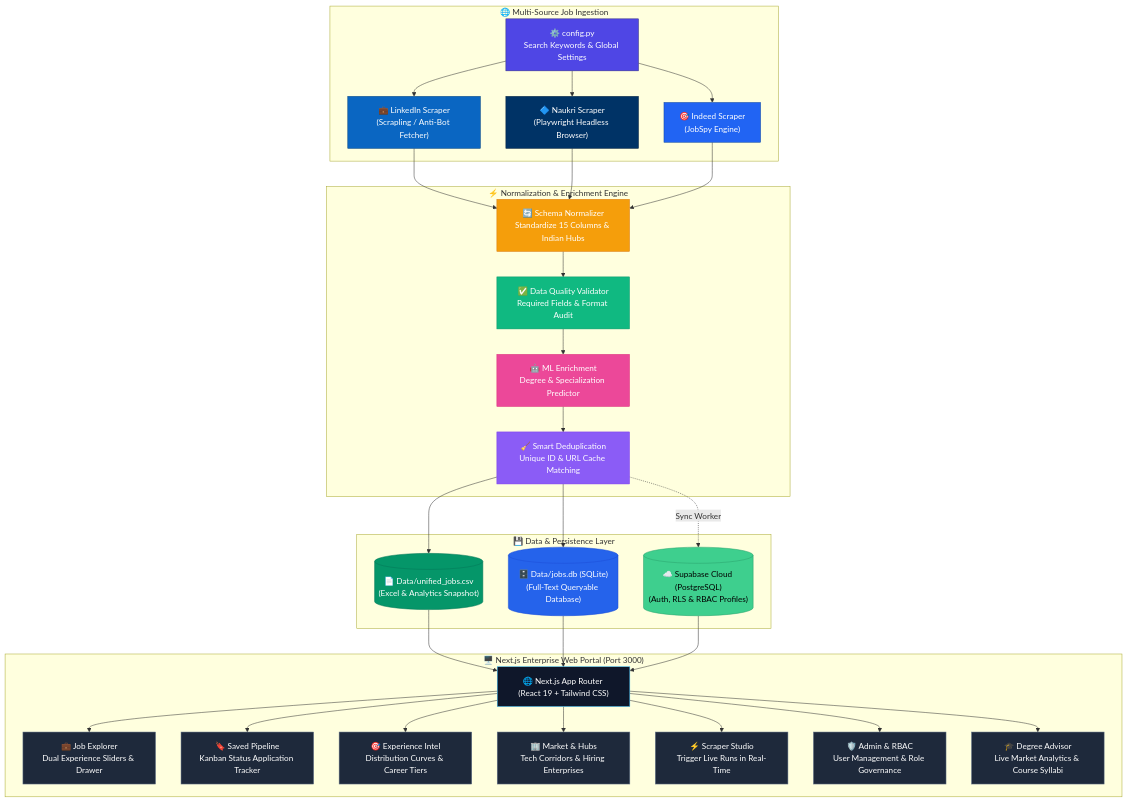
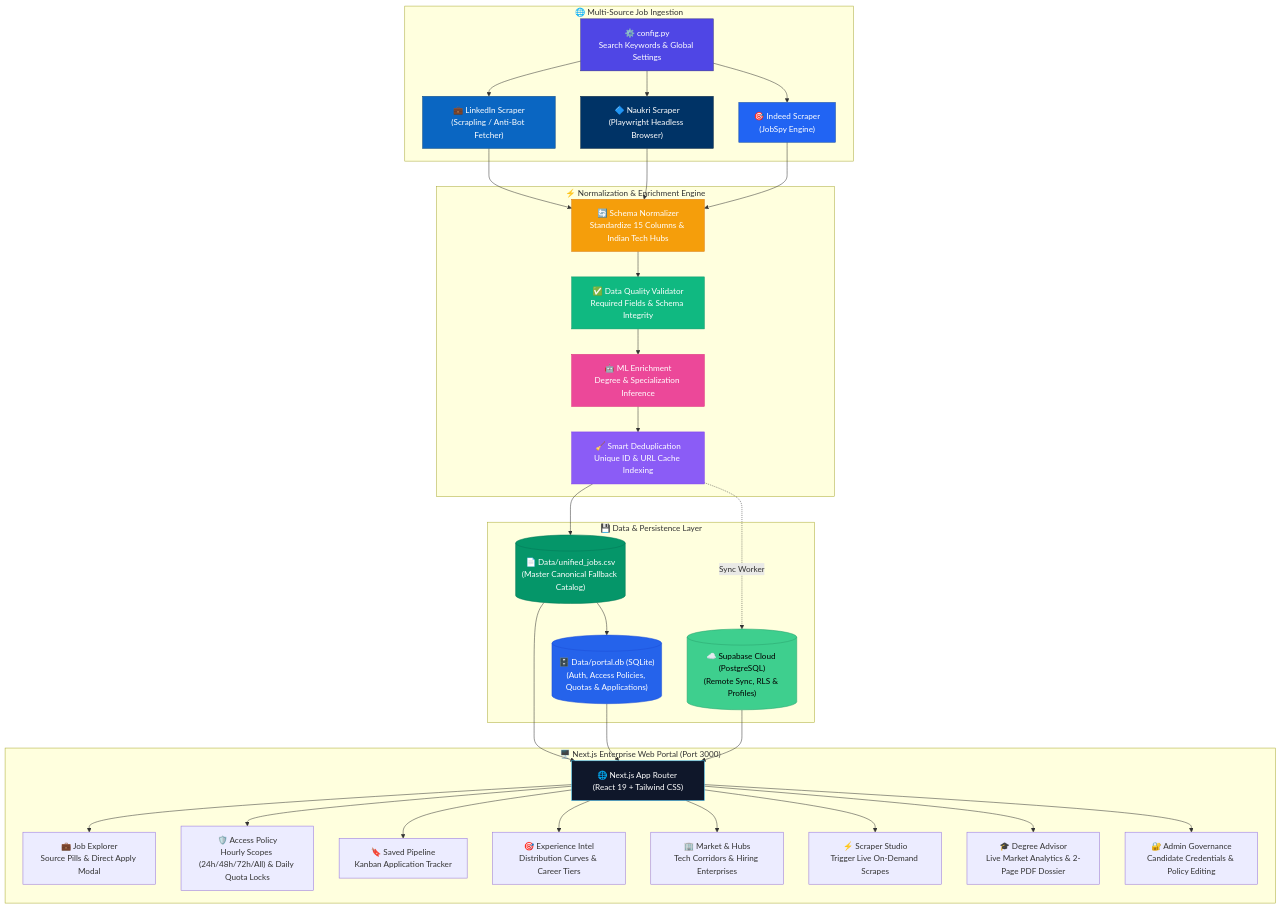
The diagram in README.md (Kokss28/Job_Scraper), drawn with Mermaid before and after one commit. The commit also changed other lines of this file and 16 other files, not shown here.

Commit message:
feat: candidate access policy, hourly data scopes, daily quota locks and updated portal docs

````diff
--- a/README.md
+++ b/README.md
@@ -40,79 +52,74 @@
 ```mermaid
 flowchart TD
     subgraph SOURCING ["🌐 Multi-Source Job Ingestion"]
         CFG["⚙️ config.py<br/>Search Keywords & Global Settings"]
         LI["💼 LinkedIn Scraper<br/>(Scrapling / Anti-Bot Fetcher)"]
         NK["🔷 Naukri Scraper<br/>(Playwright Headless Browser)"]
         IN["🎯 Indeed Scraper<br/>(JobSpy Engine)"]
         CFG --> LI
         CFG --> NK
         CFG --> IN
     end
 
     subgraph PROCESSING ["⚡ Normalization & Enrichment Engine"]
-        NORM["🔄 Schema Normalizer<br/>Standardize 15 Columns & Indian Hubs"]
-        VAL["✅ Data Quality Validator<br/>Required Fields & Format Audit"]
-        ML["🤖 ML Enrichment<br/>Degree & Specialization Predictor"]
-        DEDUP["🧹 Smart Deduplication<br/>Unique ID & URL Cache Matching"]
+        NORM["🔄 Schema Normalizer<br/>Standardize 15 Columns & Indian Tech Hubs"]
+        VAL["✅ Data Quality Validator<br/>Required Fields & Schema Integrity"]
+        ML["🤖 ML Enrichment<br/>Degree & Specialization Inference"]
+        DEDUP["🧹 Smart Deduplication<br/>Unique ID & URL Cache Indexing"]
         
         LI --> NORM
         NK --> NORM
         IN --> NORM
         NORM --> VAL
         VAL --> ML
         ML --> DEDUP
     end
 
     subgraph STORAGE ["💾 Data & Persistence Layer"]
-        CSV[("📄 Data/unified_jobs.csv<br/>(Excel & Analytics Snapshot)")]
-        SQL[("🗄️ Data/jobs.db (SQLite)<br/>(Full-Text Queryable Database)")]
-        SUPA[("☁️ Supabase Cloud (PostgreSQL)<br/>(Auth, RLS & RBAC Profiles)")]
+        CSV[("📄 Data/unified_jobs.csv<br/>(Master Canonical Fallback Catalog)")]
+        SQL[("🗄️ Data/portal.db (SQLite)<br/>(Auth, Access Policies, Quotas & Applications)")]
+        SUPA[("☁️ Supabase Cloud (PostgreSQL)<br/>(Remote Sync, RLS & Profiles)")]
         
         DEDUP --> CSV
-        DEDUP --> SQL
+        CSV --> SQL
         DEDUP -.->|Sync Worker| SUPA
     end
 
     subgraph WEBAPP ["🖥️ Next.js Enterprise Web Portal (Port 3000)"]
         PORTAL["🌐 Next.js App Router (React 19 + Tailwind CSS)"]
         CSV --> PORTAL
         SQL --> PORTAL
         SUPA --> PORTAL
 
-        P1["💼 Job Explorer<br/>Dual Experience Sliders & Drawer"]
-        P2["🔖 Saved Pipeline<br/>Kanban Status Application Tracker"]
-        P3["🎯 Experience Intel<br/>Distribution Curves & Career Tiers"]
-        P4["🏢 Market & Hubs<br/>Tech Corridors & Hiring Enterprises"]
-        P5["⚡ Scraper Studio<br/>Trigger Live Runs in Real-Time"]
-        P6["🛡️ Admin & RBAC<br/>User Management & Role Governance"]
-        P7["🎓 Degree Advisor<br/>Live Market Analytics & Course Syllabi"]
+        W1["💼 Job Explorer<br/>Source Pills & Direct Apply Modal"]
+        W2["🛡️ Access Policy<br/>Hourly Scopes (24h/48h/72h/All) & Daily Quota Locks"]
+        W3["🔖 Saved Pipeline<br/>Kanban Application Tracker"]
+        W4["🎯 Experience Intel<br/>Distribution Curves & Career Tiers"]
+        W5["🏢 Market & Hubs<br/>Tech Corridors & Hiring Enterprises"]
+        W6["⚡ Scraper Studio<br/>Trigger Live On-Demand Scrapes"]
+        W7["🎓 Degree Advisor<br/>Live Market Analytics & 2-Page PDF Dossier"]
+        W8["🔐 Admin Governance<br/>Candidate Credentials & Policy Editing"]
 
-        PORTAL --> P1
-        PORTAL --> P2
-        PORTAL --> P3
-        PORTAL --> P4
-        PORTAL --> P5
-        PORTAL --> P6
-        PORTAL --> P7
+        PORTAL --> W1
+        PORTAL --> W2
+        PORTAL --> W3
+        PORTAL --> W4
+        PORTAL --> W5
+        PORTAL --> W6
+        PORTAL --> W7
+        PORTAL --> W8
     end
 
     style CFG fill:#4F46E5,color:#fff,stroke:#312E81
     style LI fill:#0A66C2,color:#fff,stroke:#004182
     style NK fill:#003366,color:#fff,stroke:#001F3F
     style IN fill:#2164f3,color:#fff,stroke:#0d47a1
     style NORM fill:#F59E0B,color:#fff,stroke:#D97706
     style VAL fill:#10B981,color:#fff,stroke:#059669
     style ML fill:#EC4899,color:#fff,stroke:#DB2777
     style DEDUP fill:#8B5CF6,color:#fff,stroke:#7C3AED
     style CSV fill:#059669,color:#fff,stroke:#047857
     style SQL fill:#2563EB,color:#fff,stroke:#1D4ED8
     style SUPA fill:#3ECF8E,color:#000,stroke:#2BA36D
     style PORTAL fill:#0F172A,color:#fff,stroke:#38BDF8
-    style P1 fill:#1E293B,color:#fff,stroke:#64748B
-    style P2 fill:#1E293B,color:#fff,stroke:#64748B
-    style P3 fill:#1E293B,color:#fff,stroke:#64748B
-    style P4 fill:#1E293B,color:#fff,stroke:#64748B
-    style P5 fill:#1E293B,color:#fff,stroke:#64748B
-    style P6 fill:#1E293B,color:#fff,stroke:#64748B
-    style P7 fill:#1E293B,color:#fff,stroke:#64748B
 ```
````
